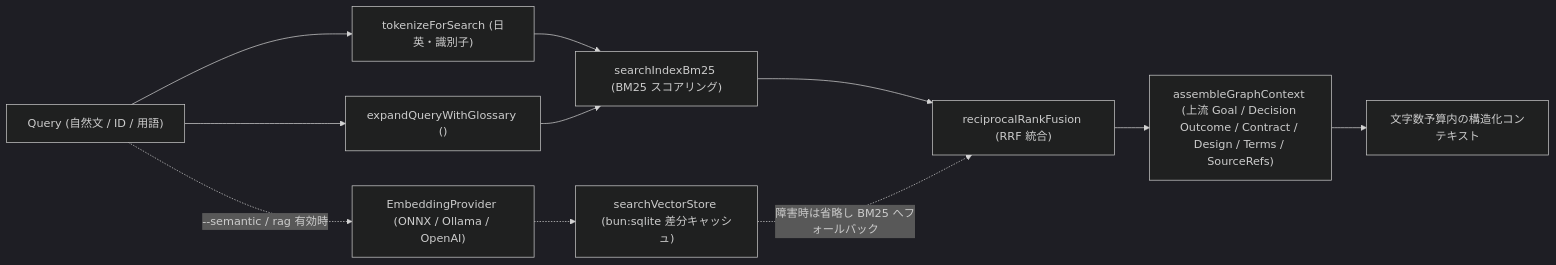
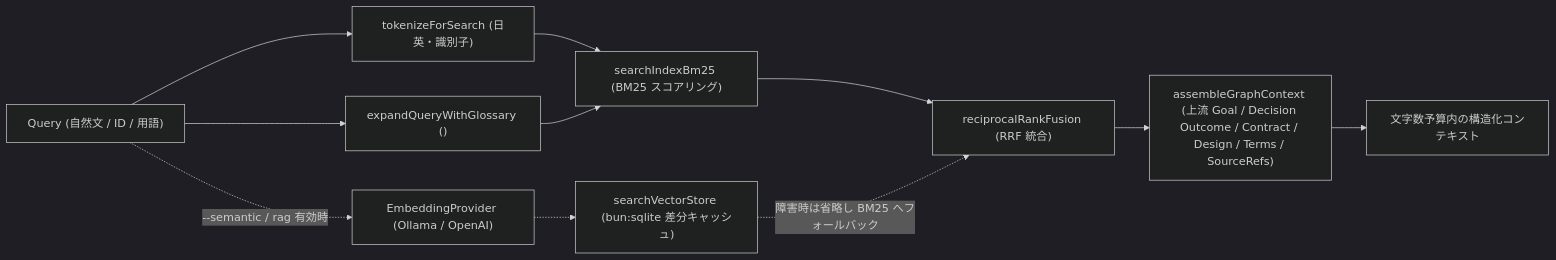
Before and after one commit to naatin777/documi: the diagram in docs/designs/retrieval-and-hybrid-rag.mdx, drawn with Mermaid (dark theme). The commit also changed other lines of this file and 21 other files, not shown here.

````diff
--- a/docs/designs/retrieval-and-hybrid-rag.mdx
+++ b/docs/designs/retrieval-and-hybrid-rag.mdx
@@ -18,16 +18,16 @@
 ```mermaid
 flowchart LR
     Q["Query (自然文 / ID / 用語)"] --> Tok["tokenizeForSearch (日英・識別子)"]
     Q --> Exp["expandQueryWithGlossary (<TermDef aliases>)"]
     Tok --> BM25["searchIndexBm25 (BM25 スコアリング)"]
     Exp --> BM25
 
-    Q -. "--semantic / rag 有効時" .-> Embed["EmbeddingProvider (ONNX / Ollama / OpenAI)"]
+    Q -. "--semantic / rag 有効時" .-> Embed["EmbeddingProvider (Ollama / OpenAI)"]
     Embed -.-> Vec["searchVectorStore (bun:sqlite 差分キャッシュ)"]
 
     BM25 --> RRF["reciprocalRankFusion (RRF 統合)"]
     Vec -. "障害時は省略し BM25 へフォールバック" .-> RRF
 
     RRF --> Graph["assembleGraphContext (上流 Goal / Decision Outcome / Contract / Design / Terms / SourceRefs)"]
     Graph --> Out["文字数予算内の構造化コンテキスト"]
 ```
````
